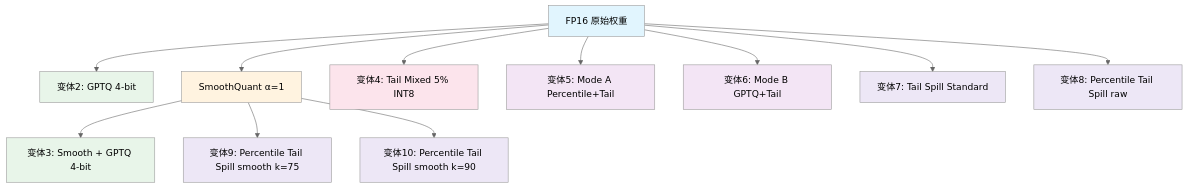
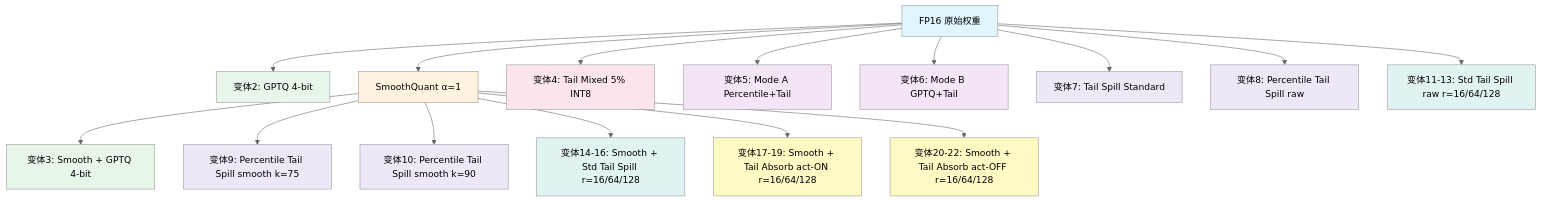
One commit to HuYangjia/Zip changed the diagram in qwen3_gptq_repro/docs/analysis/WEIGHT_VARIANTS_OVERVIEW.md. Above: the diagram before and after it, drawn with Mermaid (neutral theme). The commit also changed other lines of this file and 5 other files, not shown here.

````diff
--- a/qwen3_gptq_repro/docs/analysis/WEIGHT_VARIANTS_OVERVIEW.md
+++ b/qwen3_gptq_repro/docs/analysis/WEIGHT_VARIANTS_OVERVIEW.md
@@ -183,25 +380,33 @@
 ```mermaid
 graph TD
     FP16[FP16 原始权重] --> GPTQ[变体2: GPTQ 4-bit]
     FP16 --> SMOOTH[SmoothQuant α=1]
     SMOOTH --> SMOOTH_GPTQ[变体3: Smooth + GPTQ 4-bit]
     FP16 --> TAIL_MIXED[变体4: Tail Mixed 5% INT8]
     FP16 --> MODE_A[变体5: Mode A Percentile+Tail]
     FP16 --> MODE_B[变体6: Mode B GPTQ+Tail]
     FP16 --> SPILL_STD[变体7: Tail Spill Standard]
     FP16 --> SPILL_RAW[变体8: Percentile Tail Spill raw]
     SMOOTH --> SPILL_SMOOTH75[变体9: Percentile Tail Spill smooth k=75]
     SMOOTH --> SPILL_SMOOTH90[变体10: Percentile Tail Spill smooth k=90]
+    FP16 --> STDTS_RAW16[变体11-13: Std Tail Spill raw r=16/64/128]
+    SMOOTH --> STDTS_SMOOTH[变体14-16: Smooth + Std Tail Spill r=16/64/128]
+    SMOOTH --> TA_ACT_ON[变体17-19: Smooth + Tail Absorb act-ON r=16/64/128]
+    SMOOTH --> TA_ACT_OFF[变体20-22: Smooth + Tail Absorb act-OFF r=16/64/128]
 
     style FP16 fill:#e1f5fe
     style SMOOTH fill:#fff3e0
     style GPTQ fill:#e8f5e9
     style SMOOTH_GPTQ fill:#e8f5e9
     style TAIL_MIXED fill:#fce4ec
     style MODE_A fill:#f3e5f5
     style MODE_B fill:#f3e5f5
     style SPILL_STD fill:#ede7f6
     style SPILL_RAW fill:#ede7f6
     style SPILL_SMOOTH75 fill:#ede7f6
     style SPILL_SMOOTH90 fill:#ede7f6
+    style STDTS_RAW16 fill:#e0f2f1
+    style STDTS_SMOOTH fill:#e0f2f1
+    style TA_ACT_ON fill:#fff9c4
+    style TA_ACT_OFF fill:#fff9c4
 ```
````
